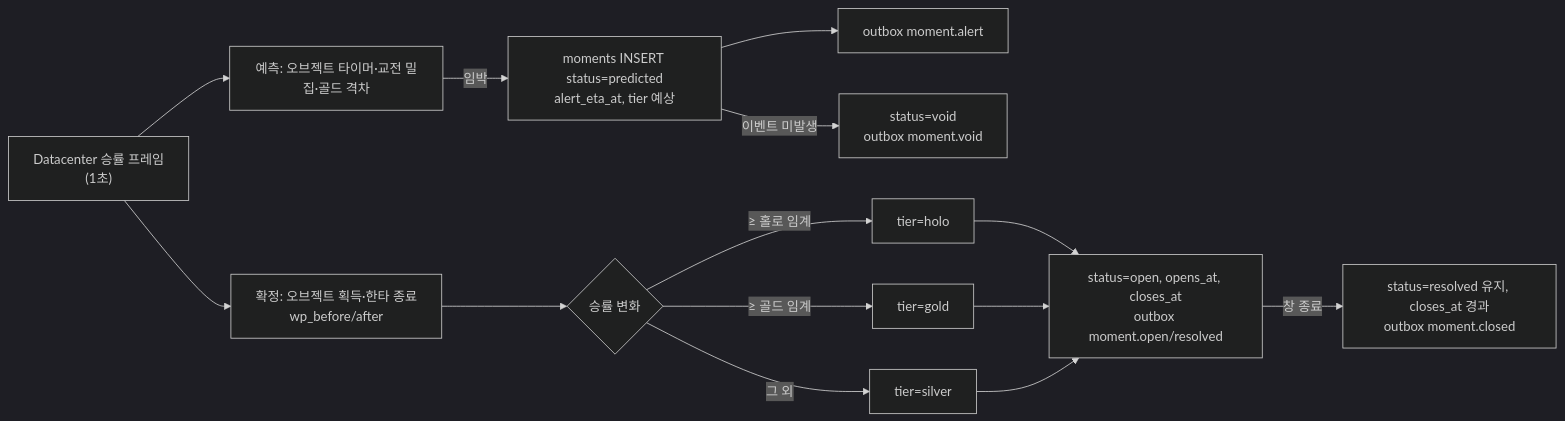
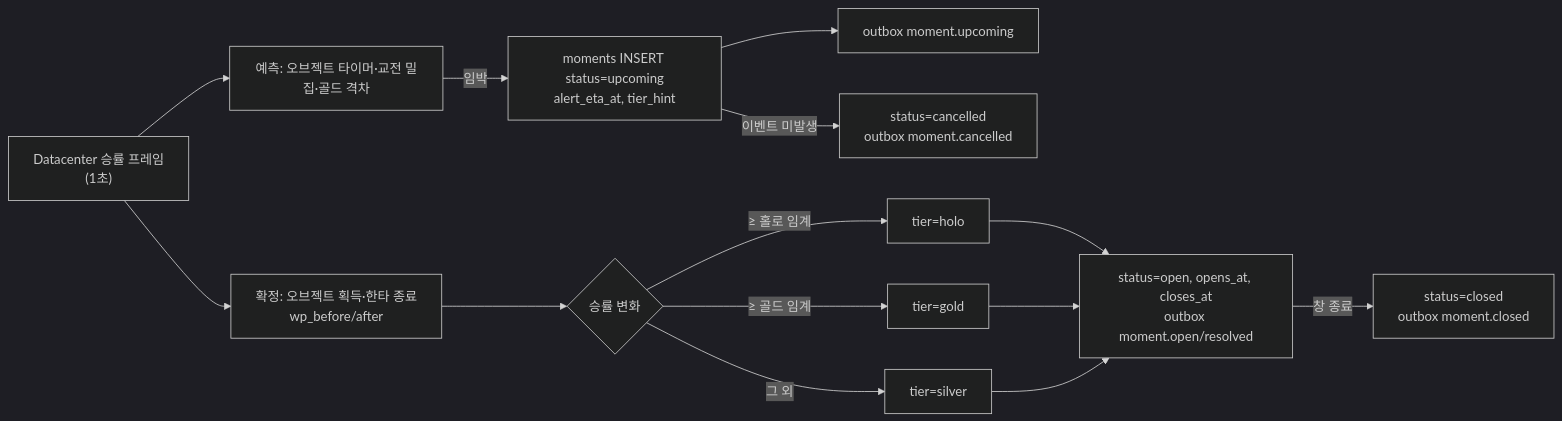
One commit to yhc-pie/rorr-hero changed the diagram in handoff/17-backend.md. Above: the diagram before and after it, drawn with Mermaid (dark theme). The commit also changed other lines of this file and 25 other files, not shown here.

````diff
--- a/handoff/17-backend.md
+++ b/handoff/17-backend.md
@@ -76,14 +77,14 @@
 ```mermaid
 flowchart LR
   A["Datacenter 승률 프레임<br/>(1초)"] --> B["예측: 오브젝트 타이머·교전 밀집·골드 격차"]
-  B -->|임박| C["moments INSERT status=predicted<br/>alert_eta_at, tier 예상"]
-  C --> D["outbox moment.alert"]
+  B -->|임박| C["moments INSERT status=upcoming<br/>alert_eta_at, tier_hint"]
+  C --> D["outbox moment.upcoming"]
   A --> E["확정: 오브젝트 획득·한타 종료<br/>wp_before/after"]
   E --> F{"승률 변화"}
   F -->|"≥ 홀로 임계"| G["tier=holo"]
   F -->|"≥ 골드 임계"| H["tier=gold"]
   F -->|"그 외"| I["tier=silver"]
   G & H & I --> J["status=open, opens_at, closes_at<br/>outbox moment.open/resolved"]
-  C -->|"이벤트 미발생"| K["status=void<br/>outbox moment.void"]
-  J -->|"창 종료"| L["status=resolved 유지, closes_at 경과<br/>outbox moment.closed"]
+  C -->|"이벤트 미발생"| K["status=cancelled<br/>outbox moment.cancelled"]
+  J -->|"창 종료"| L["status=closed<br/>outbox moment.closed"]
 ```
````
